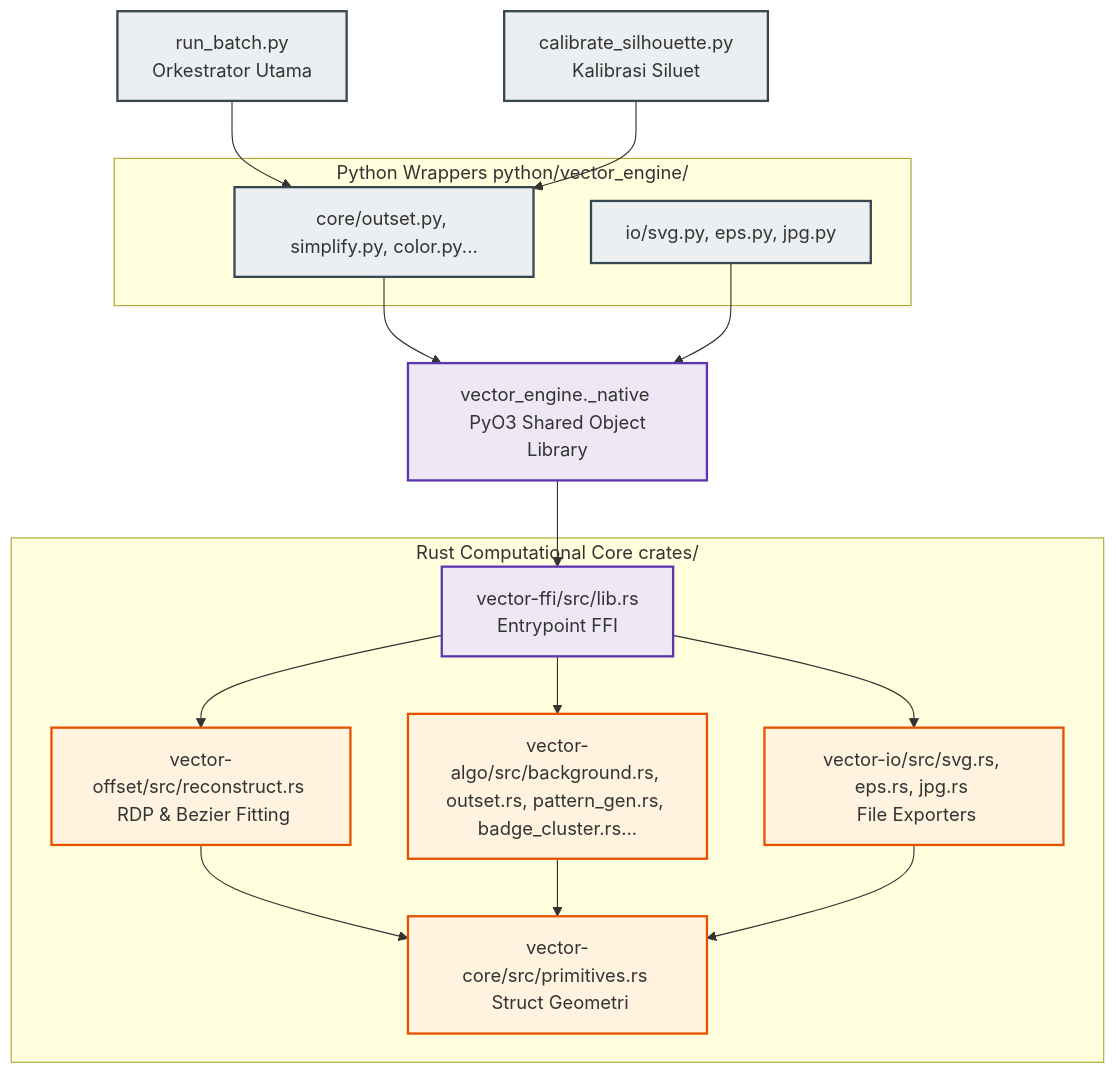
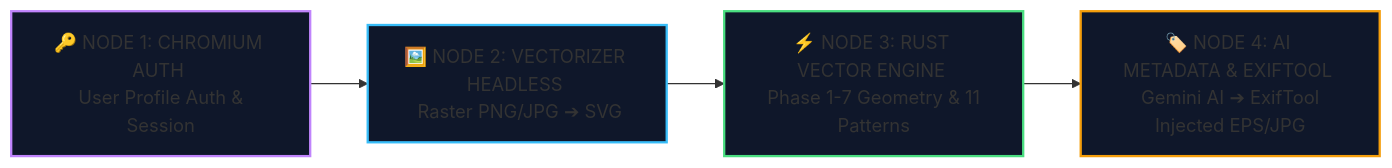
One commit to panji012/vector_engine changed the diagram in README.md. Above: the diagram before and after it, drawn with Mermaid. The commit also changed other lines of this file and 3506 other files, not shown here.

Commit message:
feat: integrate 4-Node ComfyUI web dashboard, full GUI config_silhouette sync, and Node 4 AI metadata ExifTool injector

````diff
--- a/README.md
+++ b/README.md
@@ -21,42 +23,17 @@
 ```mermaid
-graph TD
+graph LR
     %% Style Definitions
-    classDef python fill:#ECEFF1,stroke:#37474F,stroke-width:2px;
-    classDef rust fill:#FFF3E0,stroke:#E65100,stroke-width:2px;
-    classDef hybrid fill:#E1F5FE,stroke:#0288D1,stroke-width:2px;
-    classDef bridge fill:#EDE7F6,stroke:#5E35B1,stroke-width:2px;
+    classDef node1 fill:#0f172a,stroke:#c084fc,stroke-width:2px;
+    classDef node2 fill:#0f172a,stroke:#38bdf8,stroke-width:2px;
+    classDef node3 fill:#0f172a,stroke:#4ade80,stroke-width:2px;
+    classDef node4 fill:#0f172a,stroke:#f59e0b,stroke-width:2px;
 
-    %% Python Entrypoints & Wrappers
-    CLI[run_batch.py <br> Orkestrator Utama]:::python
-    Calib[calibrate_silhouette.py <br> Kalibrasi Siluet]:::python
-    
-    subgraph Python Wrappers python/vector_engine/
-        CorePy[core/outset.py, simplify.py, color.py...]:::python
-        IoPy[io/svg.py, eps.py, jpg.py]:::python
-    end
+    N1["🔑 NODE 1: CHROMIUM AUTH <br> User Profile Auth & Session"]:::node1
+    N2["🖼️ NODE 2: VECTORIZER HEADLESS <br> Raster PNG/JPG ➔ SVG"]:::node2
+    N3["⚡ NODE 3: RUST VECTOR ENGINE <br> Phase 1-7 Geometry & 11 Patterns"]:::node3
+    N4["🏷️ NODE 4: AI METADATA & EXIFTOOL <br> Gemini AI ➔ ExifTool Injected EPS/JPG"]:::node4
 
-    %% PyO3 FFI Bridge Layer
-    FFI[vector_engine._native <br> PyO3 Shared Object Library]:::bridge
-
-    %% Rust Core Engine
-    subgraph Rust Computational Core crates/
-        FFI_RS[vector-ffi/src/lib.rs <br> Entrypoint FFI]:::bridge
-        Offset_RS[vector-offset/src/reconstruct.rs <br> RDP & Bezier Fitting]:::rust
-        Algo_RS[vector-algo/src/background.rs, outset.rs, pattern_gen.rs, badge_cluster.rs...]:::rust
-        Io_RS[vector-io/src/svg.rs, eps.rs, jpg.rs <br> File Exporters]:::rust
-        Core_RS[vector-core/src/primitives.rs <br> Struct Geometri]:::rust
-    end
-
-    %% Relations
-    CLI --> CorePy
-    Calib --> CorePy
-    CorePy --> FFI
-    IoPy --> FFI
-    FFI --> FFI_RS
-    FFI_RS --> Offset_RS
-    FFI_RS --> Algo_RS
-    FFI_RS --> Io_RS
-    Offset_RS --> Core_RS
-    Algo_RS --> Core_RS
-    Io_RS --> Core_RS
+    N1 --> N2
+    N2 --> N3
+    N3 --> N4
 ```
````
